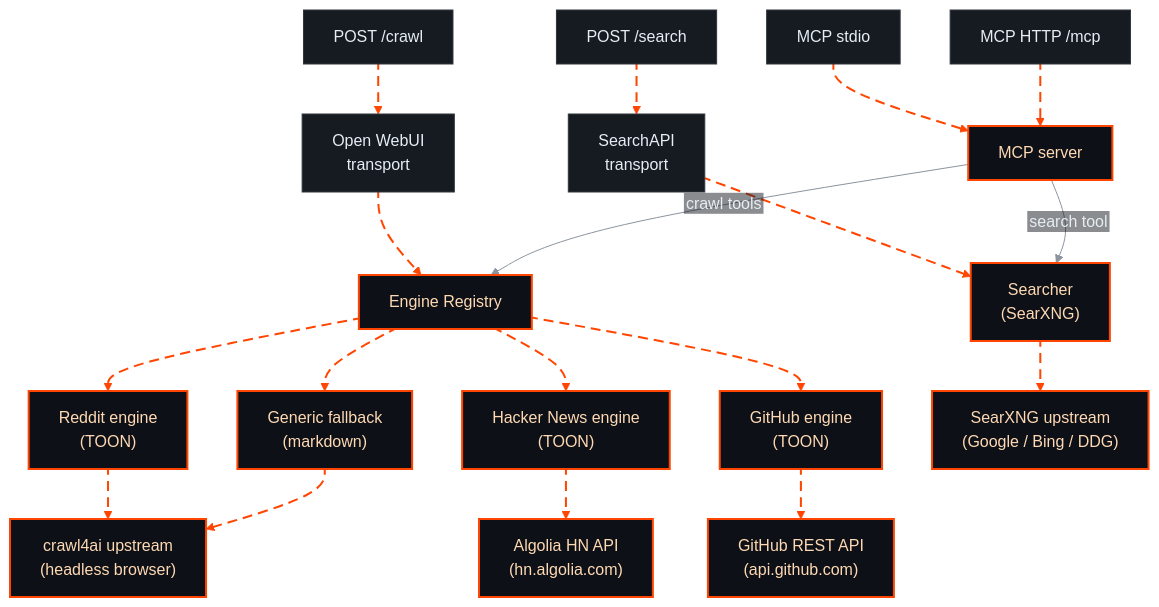
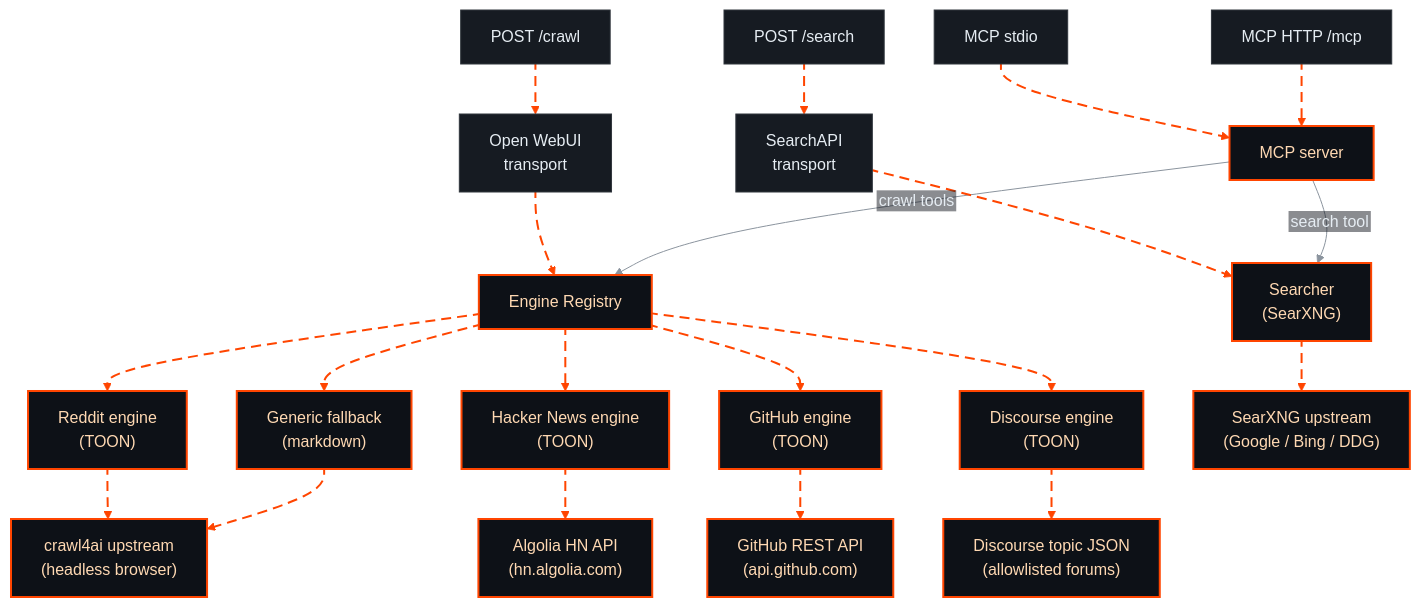
One commit to kinorai/omnifeed changed the diagram in README.md. Above: the diagram before and after it, drawn with Mermaid. The commit also changed other lines of this file and 7 other files, not shown here.

````diff
--- a/README.md
+++ b/README.md
@@ -230,30 +231,32 @@
 ```mermaid
 %%{init: {"theme":"base","themeVariables":{"background":"transparent","mainBkg":"#161b22","primaryColor":"#161b22","primaryTextColor":"#e6edf3","primaryBorderColor":"#FF4500","lineColor":"#8b949e","secondaryColor":"#161b22","tertiaryColor":"#161b22"},"flowchart":{"curve":"basis","htmlLabels":false}}}%%
 flowchart TB
   crawl["POST /crawl"] e1@--> owt["Open WebUI<br/>transport"]
   search["POST /search"] e2@--> sat["SearchAPI<br/>transport"]
   mcpStdio["MCP stdio"] e3@--> mcp["MCP server"]
   mcpHTTP["MCP HTTP /mcp"] e4@--> mcp
 
   owt e5@--> reg["Engine Registry"]
   mcp -- crawl tools --> reg
   sat e6@--> searcher["Searcher<br/>(SearXNG)"]
   mcp -- search tool --> searcher
 
   reg e7@--> reddit["Reddit engine<br/>(TOON)"]
   reg e12@--> hn["Hacker News engine<br/>(TOON)"]
   reg e14@--> gh["GitHub engine<br/>(TOON)"]
+  reg e16@--> disc["Discourse engine<br/>(TOON)"]
   reg e8@--> generic["Generic fallback<br/>(markdown)"]
   reddit e9@--> c4["crawl4ai upstream<br/>(headless browser)"]
   generic e10@--> c4
   hn e13@--> algolia["Algolia HN API<br/>(hn.algolia.com)"]
   gh e15@--> ghapi["GitHub REST API<br/>(api.github.com)"]
+  disc e17@--> discapi["Discourse topic JSON<br/>(allowlisted forums)"]
   searcher e11@--> sx["SearXNG upstream<br/>(Google / Bing / DDG)"]
 
   classDef box fill:#161b22,stroke:#30363d,stroke-width:1px,color:#e6edf3;
   classDef accent fill:#0d1117,stroke:#FF4500,stroke-width:2px,color:#ffd9b3;
   classDef animate stroke:#FF4500,stroke-width:2px,stroke-dasharray:10 6,stroke-dashoffset:900,animation:dash 14s linear infinite;
   class crawl,search,mcpStdio,mcpHTTP,owt,sat box;
-  class mcp,reg,searcher,reddit,hn,gh,generic,c4,sx,algolia,ghapi accent;
-  class e1,e2,e3,e4,e5,e6,e7,e8,e9,e10,e11,e12,e13,e14,e15 animate;
+  class mcp,reg,searcher,reddit,hn,gh,disc,generic,c4,sx,algolia,ghapi,discapi accent;
+  class e1,e2,e3,e4,e5,e6,e7,e8,e9,e10,e11,e12,e13,e14,e15,e16,e17 animate;
 ```
````
